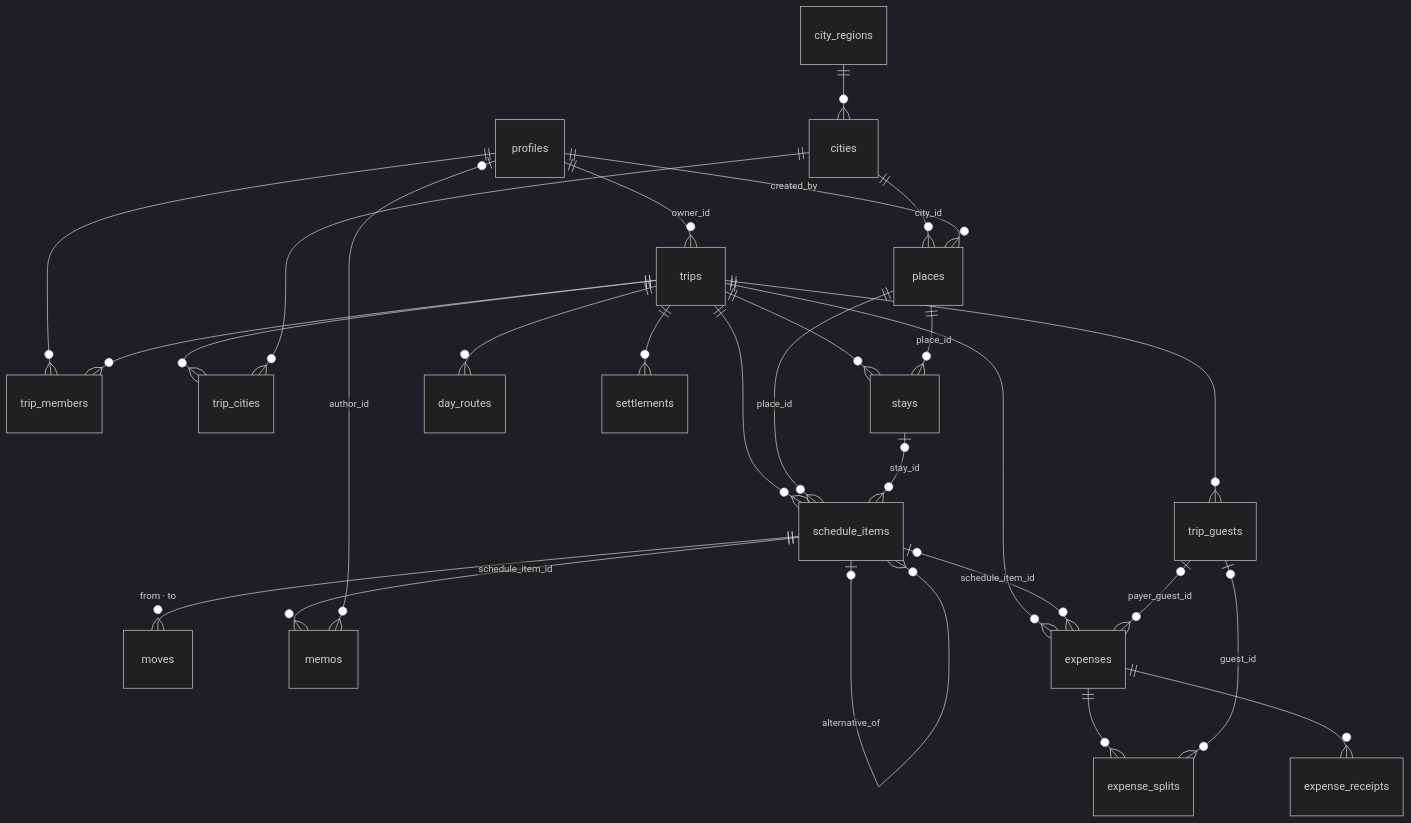
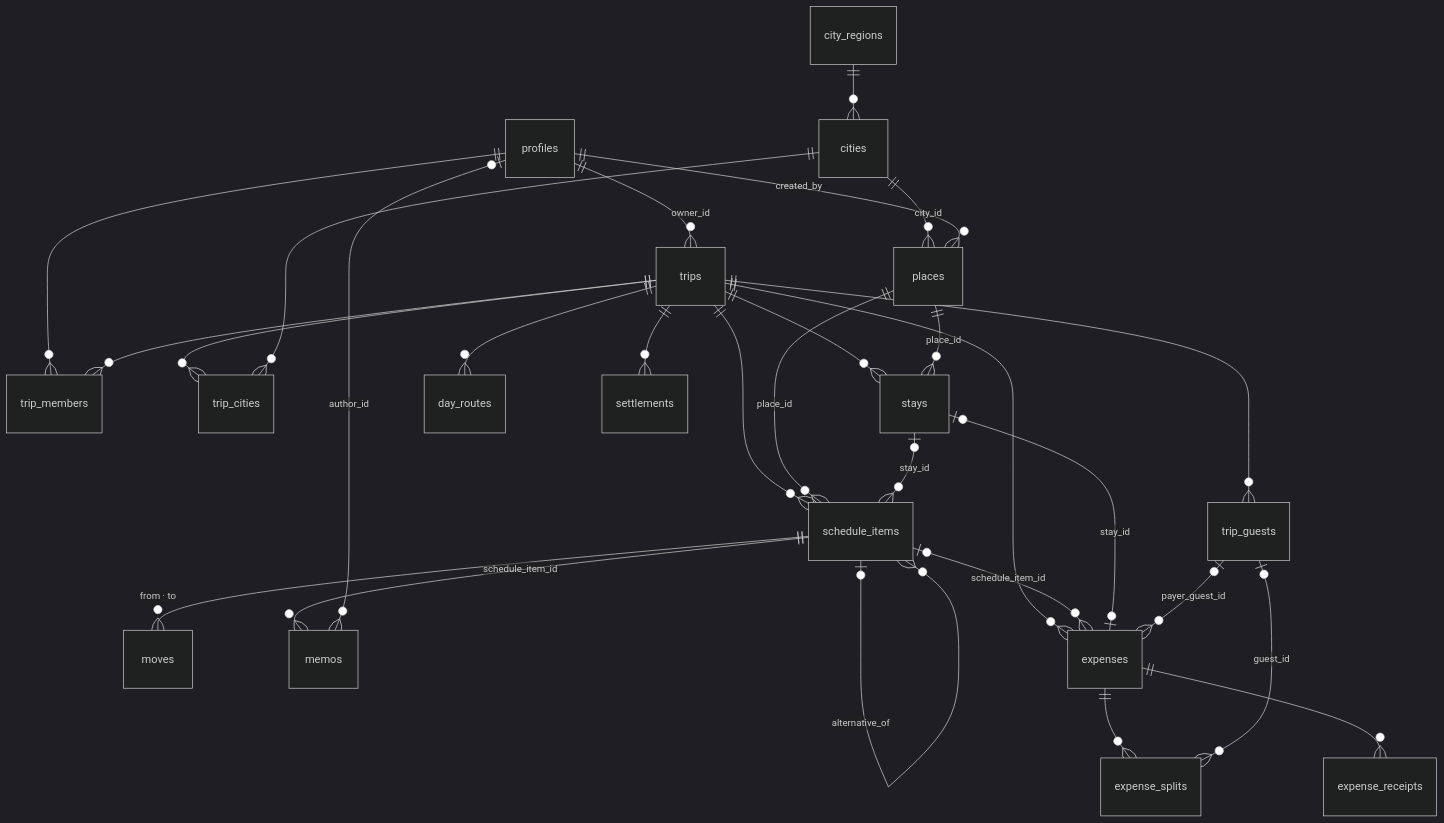
One commit to JayeHa/tripmate changed the diagram in docs/policies/data-model.md. Above: the diagram before and after it, drawn with Mermaid (dark theme). The commit also changed other lines of this file and 40 other files, not shown here.

````diff
--- a/docs/policies/data-model.md
+++ b/docs/policies/data-model.md
@@ -22,29 +22,30 @@
 ```mermaid
 erDiagram
   profiles ||--o{ trips : "owner_id"
   profiles ||--o{ trip_members : ""
   trips ||--o{ trip_members : ""
   trips ||--o{ trip_cities : ""
   cities ||--o{ trip_cities : ""
   city_regions ||--o{ cities : ""
   cities ||--o{ places : "city_id"
   profiles ||--o{ places : "created_by"
   trips ||--o{ schedule_items : ""
   places ||--o{ schedule_items : "place_id"
   trips ||--o{ stays : ""
   places ||--o{ stays : "place_id"
   stays |o--o{ schedule_items : "stay_id"
   schedule_items |o--o{ schedule_items : "alternative_of"
   schedule_items ||--o{ moves : "from · to"
   schedule_items ||--o{ memos : "schedule_item_id"
   profiles |o--o{ memos : "author_id"
   trips ||--o{ day_routes : ""
   trips ||--o{ expenses : ""
   schedule_items |o--o{ expenses : "schedule_item_id"
+  stays |o--o| expenses : "stay_id"
   expenses ||--o{ expense_splits : ""
   trip_guests |o--o{ expenses : "payer_guest_id"
   trip_guests |o--o{ expense_splits : "guest_id"
   trips ||--o{ trip_guests : ""
   trips ||--o{ settlements : ""
   expenses ||--o{ expense_receipts : ""
 ```
````
